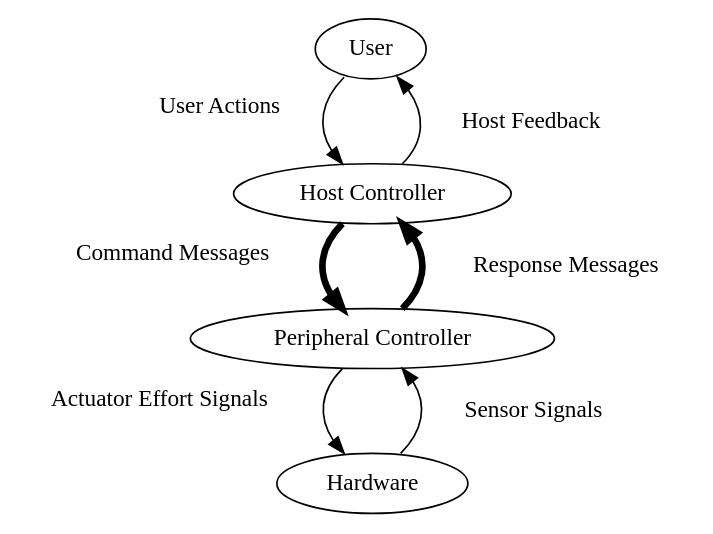
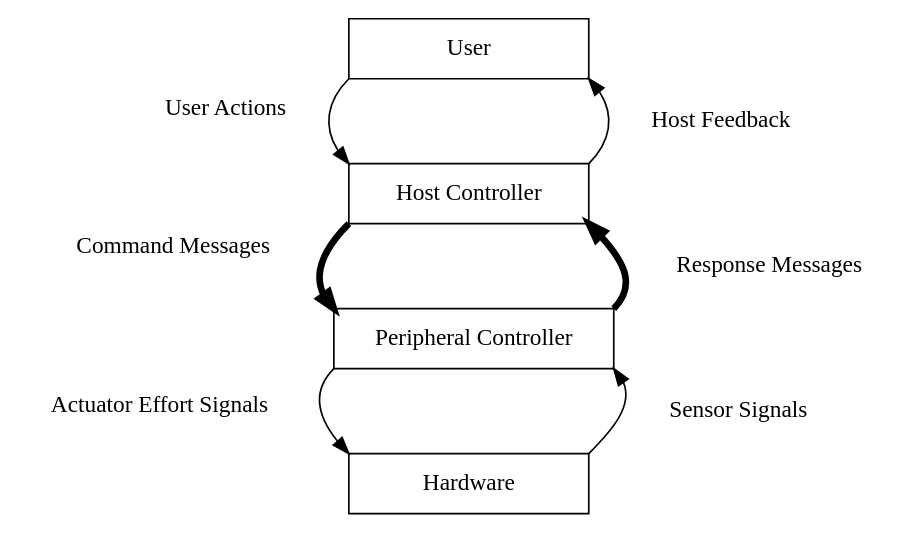
Before and after one commit to ethanjli/liquid-handling-robotics: the diagram in docs/source/design/controllers.dot, drawn with Graphviz. The commit also changed 7 other files, not shown here.

```diff
--- a/docs/source/design/controllers.dot
+++ b/docs/source/design/controllers.dot
@@ -1,15 +1,44 @@
 digraph Controllers {
   forcelabels=true;
+  graph [
+    splines=headport
+  ];
+  node [
+    shape=rectangle,
+    width=2
+  ];
 
-  user [label="User"];
-  host [label="Host Controller"];
-  peripheral [label="Peripheral Controller"];
-  hardware [label="Hardware"];
+  user [
+    label="User"
+  ];
+  host [
+    label="Host Controller"
+  ];
+  peripheral [
+    label="Peripheral Controller"
+  ];
+  hardware [
+    label="Hardware"
+  ];
 
-  user:sw -> host:nw [xlabel="User Actions    "];
-  host:ne -> user:se [label="    Host Feedback"];
-  host:sw -> peripheral:nw [xlabel="Command Messages    ", penwidth=4];
-  peripheral:ne -> host:se [label="    Response Messages", penwidth=4];
-  peripheral:sw -> hardware:nw [xlabel="Actuator Effort Signals    "];
-  hardware:ne -> peripheral:se [label="    Sensor Signals"];
+  user:sw -> host:nw [
+    xlabel="User Actions    "
+  ];
+  host:ne -> user:se [
+    label="    Host Feedback"
+  ];
+  host:sw -> peripheral:nw [
+    xlabel="Command Messages    ",
+    penwidth=4
+  ];
+  peripheral:ne -> host:se [
+    label="    Response Messages",
+    penwidth=4
+  ];
+  peripheral:sw -> hardware:nw [
+    xlabel="Actuator Effort Signals    "
+  ];
+  hardware:ne -> peripheral:se [
+    label="    Sensor Signals"
+  ];
 }
```
